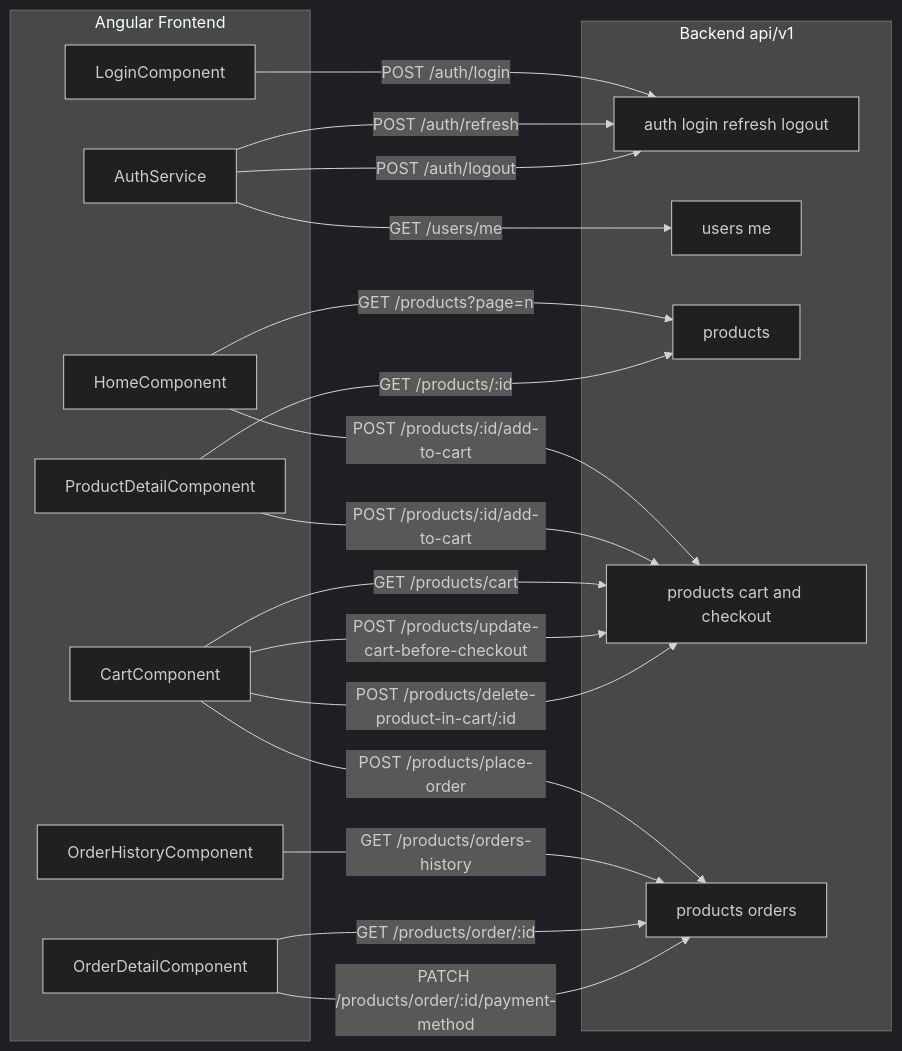
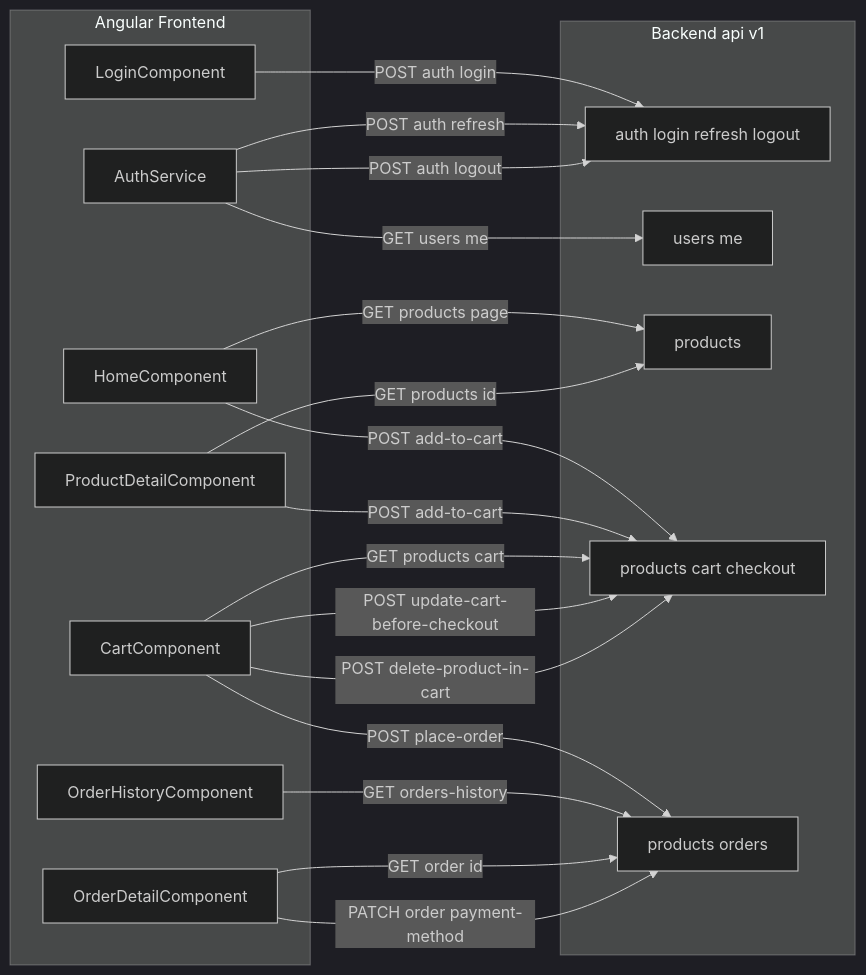
Before and after one commit to nhatnv2-vnext/llm-wiki: the third of 3 diagrams in 02_Wiki/03_Architecture/laptop-shop-angular_Architecture.md, drawn with Mermaid (dark theme). The commit also changed other lines of this file and 16 other files, not shown here.

````diff
--- a/02_Wiki/03_Architecture/laptop-shop-angular_Architecture.md
+++ b/02_Wiki/03_Architecture/laptop-shop-angular_Architecture.md
@@ -159,39 +152,39 @@
 ```mermaid
 graph LR
     subgraph FE[Angular Frontend]
         Login[LoginComponent]
         AuthSvc[AuthService]
         Home[HomeComponent]
         ProdDetail[ProductDetailComponent]
         CartC[CartComponent]
         OrderHist[OrderHistoryComponent]
         OrderDet[OrderDetailComponent]
     end
 
-    subgraph BE[Backend api/v1]
+    subgraph BE[Backend api v1]
         AuthEP[auth login refresh logout]
         UsersEP[users me]
         ProductsEP[products]
-        CartEP[products cart and checkout]
+        CartEP[products cart checkout]
         OrdersEP[products orders]
     end
 
-    Login -->|POST /auth/login| AuthEP
-    AuthSvc -->|POST /auth/refresh| AuthEP
-    AuthSvc -->|POST /auth/logout| AuthEP
-    AuthSvc -->|GET /users/me| UsersEP
+    Login -->|POST auth login| AuthEP
+    AuthSvc -->|POST auth refresh| AuthEP
+    AuthSvc -->|POST auth logout| AuthEP
+    AuthSvc -->|GET users me| UsersEP
 
-    Home -->|GET /products?page=n| ProductsEP
-    Home -->|POST /products/:id/add-to-cart| CartEP
-    ProdDetail -->|GET /products/:id| ProductsEP
-    ProdDetail -->|POST /products/:id/add-to-cart| CartEP
+    Home -->|GET products page| ProductsEP
+    Home -->|POST add-to-cart| CartEP
+    ProdDetail -->|GET products id| ProductsEP
+    ProdDetail -->|POST add-to-cart| CartEP
 
-    CartC -->|GET /products/cart| CartEP
-    CartC -->|POST /products/update-cart-before-checkout| CartEP
-    CartC -->|POST /products/delete-product-in-cart/:id| CartEP
-    CartC -->|POST /products/place-order| OrdersEP
+    CartC -->|GET products cart| CartEP
+    CartC -->|POST update-cart-before-checkout| CartEP
+    CartC -->|POST delete-product-in-cart| CartEP
+    CartC -->|POST place-order| OrdersEP
 
-    OrderHist -->|GET /products/orders-history| OrdersEP
-    OrderDet -->|GET /products/order/:id| OrdersEP
-    OrderDet -->|PATCH /products/order/:id/payment-method| OrdersEP
+    OrderHist -->|GET orders-history| OrdersEP
+    OrderDet -->|GET order id| OrdersEP
+    OrderDet -->|PATCH order payment-method| OrdersEP
 ```
````
